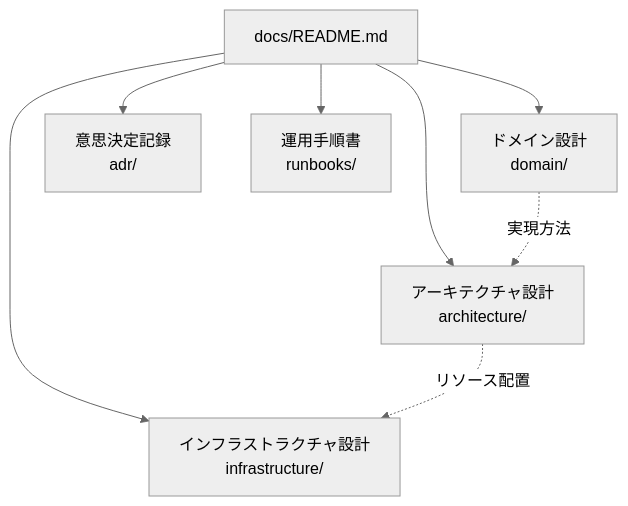
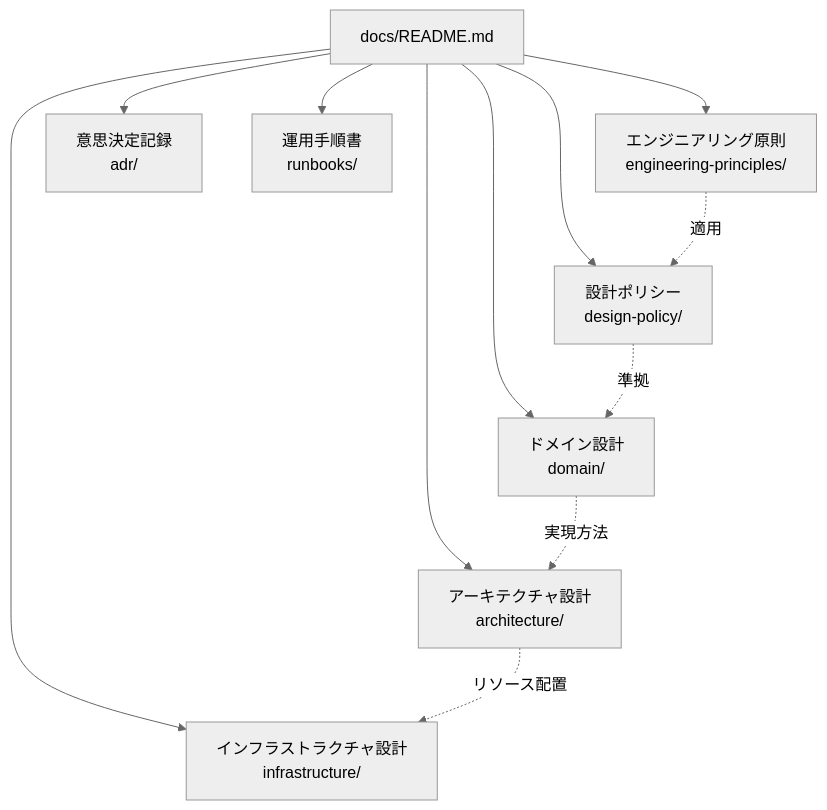
Before and after one commit to ojiverse/datawarehouse: the first of 2 diagrams in docs/README.md, drawn with Mermaid (neutral theme). The commit also changed other lines of this file and 12 other files, not shown here.

First line of the commit message:
docs: import and adapt engineering principles and design policies for DWH

````diff
--- a/docs/README.md
+++ b/docs/README.md
@@ -11,18 +11,24 @@
 ```mermaid
 flowchart TD
     Root[docs/README.md]
+    Principles[エンジニアリング原則<br>engineering-principles/]
+    Policy[設計ポリシー<br>design-policy/]
     Domain[ドメイン設計<br>domain/]
     Arch[アーキテクチャ設計<br>architecture/]
     Infra[インフラストラクチャ設計<br>infrastructure/]
     ADR[意思決定記録<br>adr/]
     Runbooks[運用手順書<br>runbooks/]
 
+    Root --> Principles
+    Root --> Policy
     Root --> Domain
     Root --> Arch
     Root --> Infra
     Root --> ADR
     Root --> Runbooks
 
+    Principles -.適用.-> Policy
+    Policy -.準拠.-> Domain
     Domain -.実現方法.-> Arch
     Arch -.リソース配置.-> Infra
 ```
````
